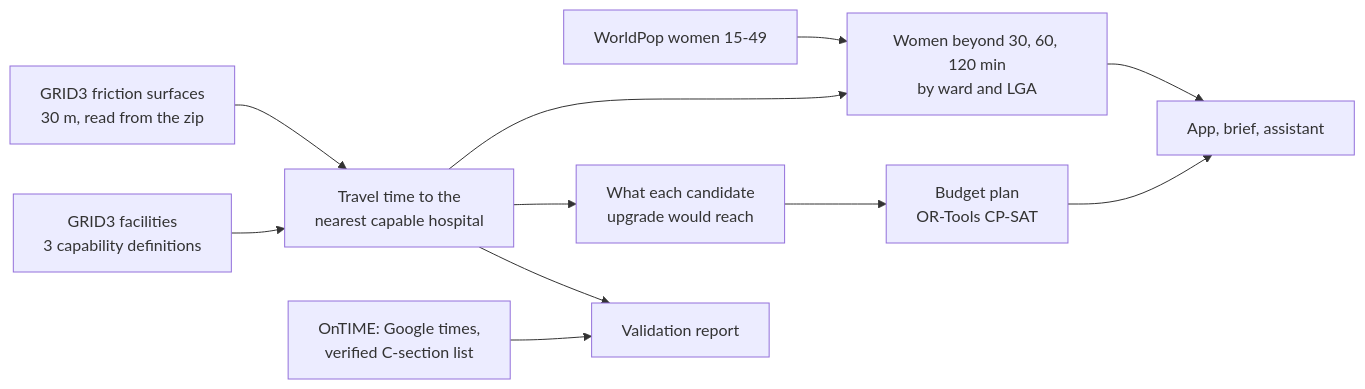
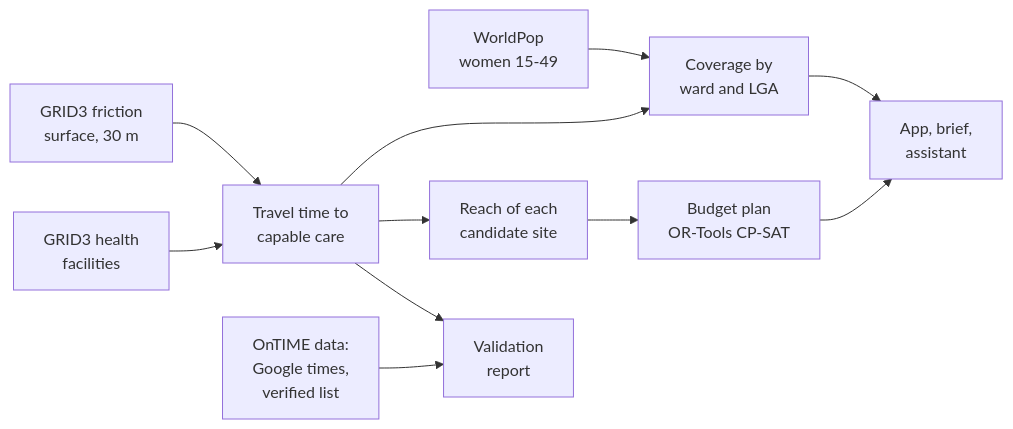
The diagram in README.md (Otto-Destiny/reach120), drawn with Mermaid before and after one commit.

Commit message:
Shorten the README diagram labels so they wrap cleanly on GitHub

````diff
--- a/README.md
+++ b/README.md
@@ -93,13 +93,13 @@
 ```mermaid
 flowchart LR
-    F["GRID3 friction surfaces<br/>30 m, read from the zip"] --> T["Travel time to the<br/>nearest capable hospital"]
-    H["GRID3 facilities<br/>3 capability definitions"] --> T
-    T --> C["Women beyond 30, 60, 120 min<br/>by ward and LGA"]
-    P["WorldPop women 15-49"] --> C
-    T --> R["What each candidate<br/>upgrade would reach"]
+    F["GRID3 friction<br/>surface, 30 m"] --> T["Travel time to<br/>capable care"]
+    H["GRID3 health<br/>facilities"] --> T
+    T --> C["Coverage by<br/>ward and LGA"]
+    P["WorldPop<br/>women 15-49"] --> C
+    T --> R["Reach of each<br/>candidate site"]
     R --> O["Budget plan<br/>OR-Tools CP-SAT"]
-    C --> A["App, brief, assistant"]
+    C --> A["App, brief,<br/>assistant"]
     O --> A
-    V["OnTIME: Google times,<br/>verified C-section list"] --> X["Validation report"]
+    V["OnTIME data:<br/>Google times,<br/>verified list"] --> X["Validation<br/>report"]
     T --> X
 ```
````
